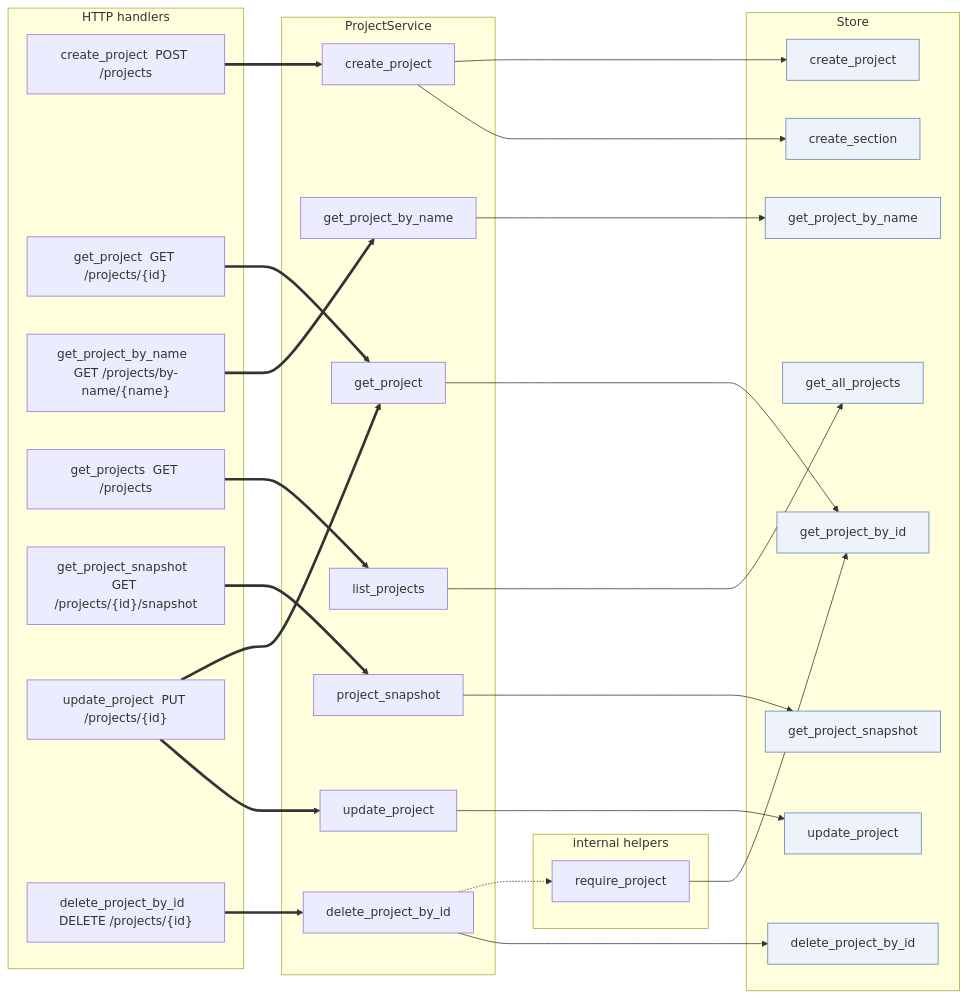
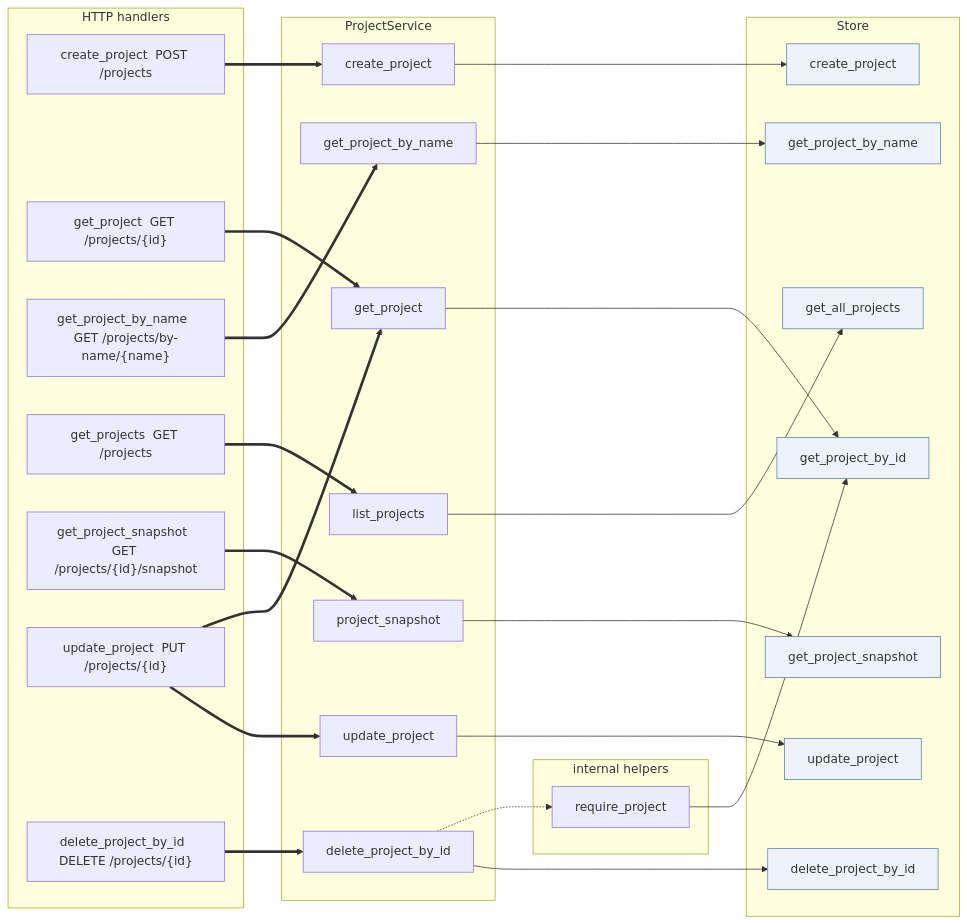
The fifth of 6 diagrams in docs/service-store-calls.md (paulwrubel/scry), drawn with Mermaid before and after one commit. The commit also changed other lines of this file and 7 other files, not shown here.

````diff
--- a/docs/service-store-calls.md
+++ b/docs/service-store-calls.md
@@ -355,60 +355,58 @@
 ```mermaid
 flowchart LR
   subgraph http["HTTP handlers"]
     h_create_project["create_project  POST /projects"]
     h_get_project["get_project  GET /projects/{id}"]
     h_get_project_by_name["get_project_by_name  GET /projects/by-name/{name}"]
     h_get_projects["get_projects  GET /projects"]
     h_get_project_snapshot["get_project_snapshot  GET /projects/{id}/snapshot"]
     h_update_project["update_project  PUT /projects/{id}"]
     h_delete_project_by_id["delete_project_by_id  DELETE /projects/{id}"]
   end
 
   subgraph svc["ProjectService"]
     create_project[create_project]
     get_project[get_project]
     get_project_by_name[get_project_by_name]
     list_projects[list_projects]
     project_snapshot[project_snapshot]
     update_project[update_project]
     delete_project_by_id[delete_project_by_id]
   end
 
   subgraph helpers["internal helpers"]
     require_project[require_project]
   end
 
   subgraph store["Store"]
     st_create_project[create_project]
-    st_create_section[create_section]
     st_get_project_by_id[get_project_by_id]
     st_get_project_by_name[get_project_by_name]
     st_get_all_projects[get_all_projects]
     st_get_project_snapshot[get_project_snapshot]
     st_update_project[update_project]
     st_delete_project_by_id[delete_project_by_id]
   end
 
   h_create_project ==> create_project
   h_get_project ==> get_project
   h_get_project_by_name ==> get_project_by_name
   h_get_projects ==> list_projects
   h_get_project_snapshot ==> project_snapshot
   h_update_project ==> get_project
   h_update_project ==> update_project
   h_delete_project_by_id ==> delete_project_by_id
 
   create_project --> st_create_project
-  create_project --> st_create_section
   get_project --> st_get_project_by_id
   get_project_by_name --> st_get_project_by_name
   list_projects --> st_get_all_projects
   project_snapshot --> st_get_project_snapshot
   update_project --> st_update_project
   delete_project_by_id -.-> require_project
   delete_project_by_id --> st_delete_project_by_id
   require_project --> st_get_project_by_id
 
   classDef storeNode fill:#eef3fb,stroke:#5b7fae,stroke-width:1px
-  class st_create_project,st_create_section,st_get_project_by_id,st_get_project_by_name,st_get_all_projects,st_get_project_snapshot,st_update_project,st_delete_project_by_id storeNode
+  class st_create_project,st_get_project_by_id,st_get_project_by_name,st_get_all_projects,st_get_project_snapshot,st_update_project,st_delete_project_by_id storeNode
 ```
````
